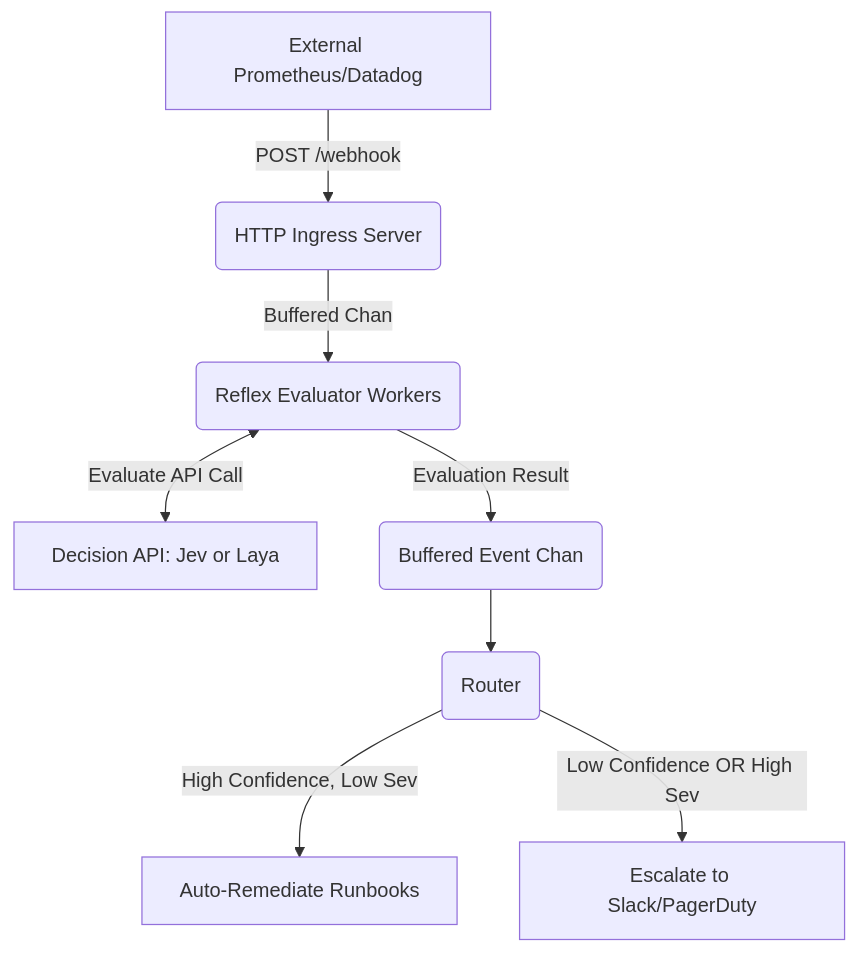
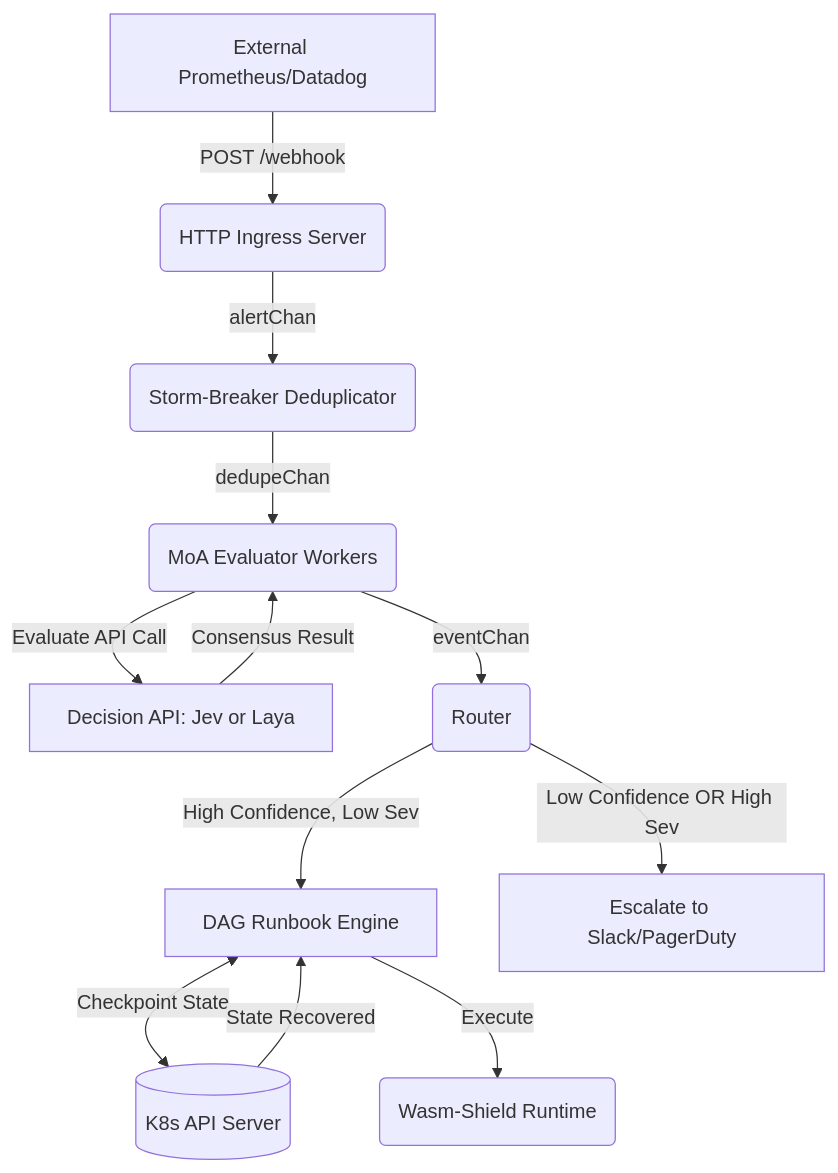
The diagram in README.md (dimpu47/Reflex), drawn with Mermaid before and after one commit. The commit also changed other lines of this file and 39 other files, not shown here.

First line of the commit message:
WIP checkpoint: k3d deployable reflex with RAG, MoA, chaos, HITL, JIT coder

````diff
--- a/README.md
+++ b/README.md
@@ -15,10 +22,14 @@
 ```mermaid
 graph TD
     A[External Prometheus/Datadog] -->|POST /webhook| B(HTTP Ingress Server)
-    B -->|Buffered Chan| C(Reflex Evaluator Workers)
-    C <-->|Evaluate API Call| Z[Decision API: Jev or Laya]
-    C -->|Evaluation Result| D(Buffered Event Chan)
-    D --> E(Router)
-    E -->|High Confidence, Low Sev| F[Auto-Remediate Runbooks]
-    E -->|Low Confidence OR High Sev| G[Escalate to Slack/PagerDuty]
+    B -->|alertChan| S(Storm-Breaker Deduplicator)
+    S -->|dedupeChan| C(MoA Evaluator Workers)
+    C -->|Evaluate API Call| Z[Decision API: Jev or Laya]
+    Z -->|Consensus Result| C
+    C -->|eventChan| D(Router)
+    D -->|High Confidence, Low Sev| E[DAG Runbook Engine]
+    E <-->|Checkpoint State| V[(K8s API Server)]
+    V -->|State Recovered| E
+    E -->|Execute| W(Wasm-Shield Runtime)
+    D -->|Low Confidence OR High Sev| G[Escalate to Slack/PagerDuty]
 ```
````
